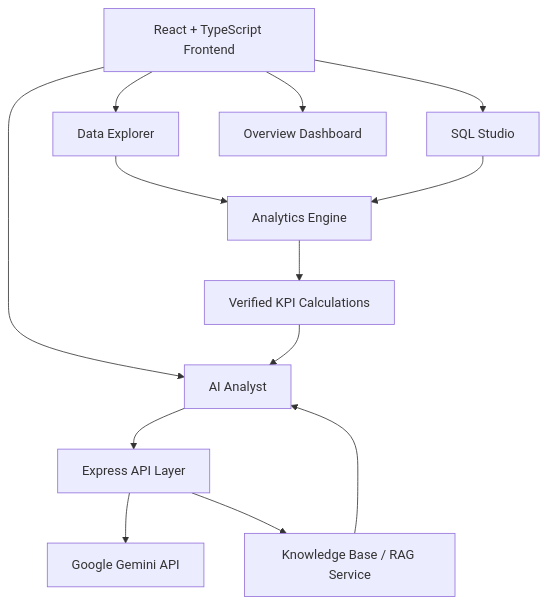
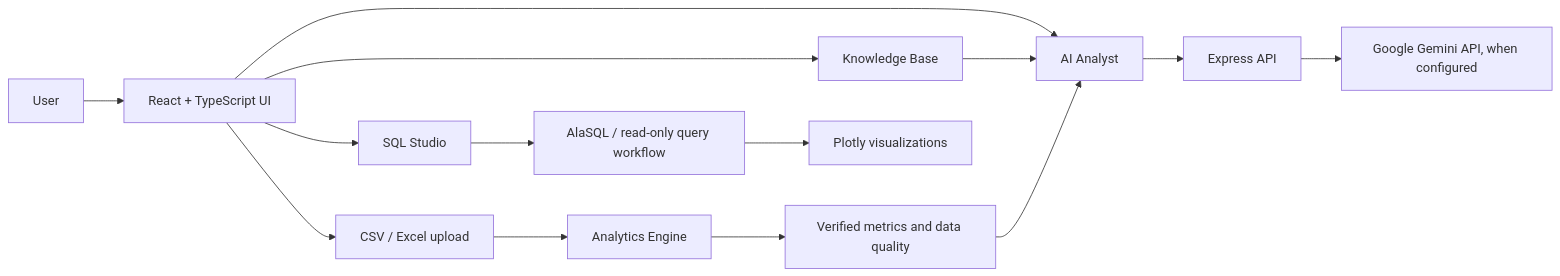
The diagram in README.md (saravanavel07/Data-Harvest), drawn with Mermaid before and after one commit. The commit also changed other lines of this file, not shown here.

Commit message:
docs: refresh README with project overview and animated header

````diff
--- a/README.md
+++ b/README.md
@@ -48,16 +89,16 @@
 ```mermaid
-flowchart TD
-    UI[React + TypeScript Frontend] --> Chat[AI Analyst]
-    UI --> Explorer[Data Explorer]
+flowchart LR
+    User[User] --> UI[React + TypeScript UI]
+    UI --> Upload[CSV / Excel upload]
+    Upload --> Analytics[Analytics Engine]
+    UI --> Analyst[AI Analyst]
     UI --> SQL[SQL Studio]
-    UI --> Dash[Overview Dashboard]
-
-    Chat --> API[Express API Layer]
-    Explorer --> Engine[Analytics Engine]
-    SQL --> Engine
-    Engine --> Metrics[Verified KPI Calculations]
-    API --> Gemini[Google Gemini API]
-    API --> RAG[Knowledge Base / RAG Service]
-    Metrics --> Chat
-    RAG --> Chat
+    UI --> KB[Knowledge Base]
+    Analytics --> KPIs[Verified metrics and data quality]
+    Analyst --> API[Express API]
+    SQL --> Query[AlaSQL / read-only query workflow]
+    API --> Gemini[Google Gemini API, when configured]
+    KB --> Analyst
+    KPIs --> Analyst
+    Query --> Charts[Plotly visualizations]
 ```
````
